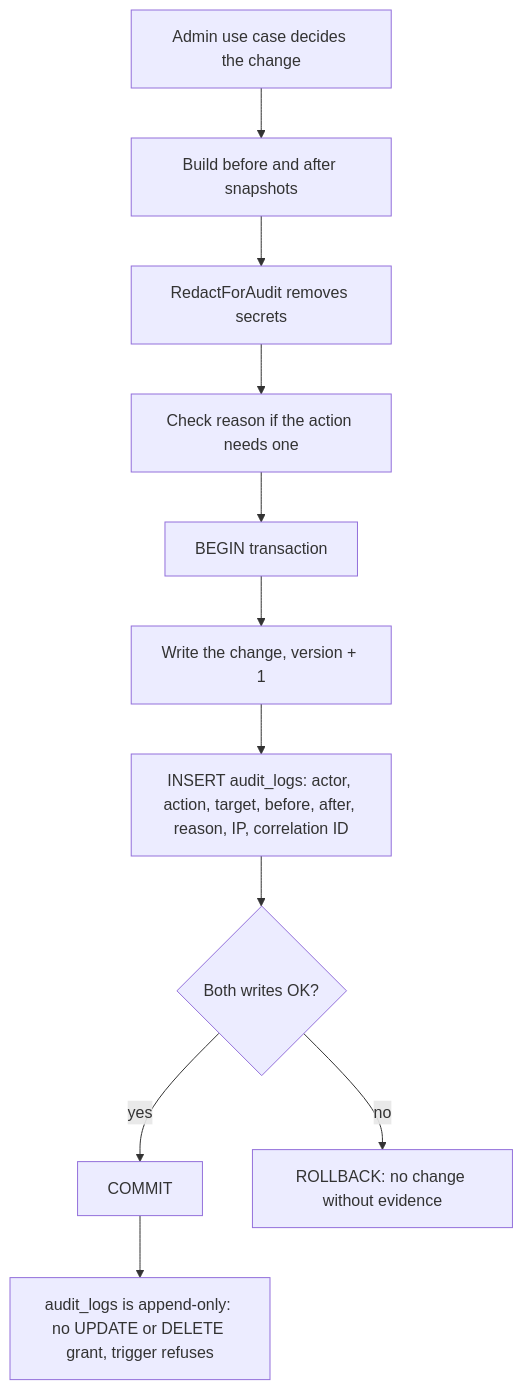
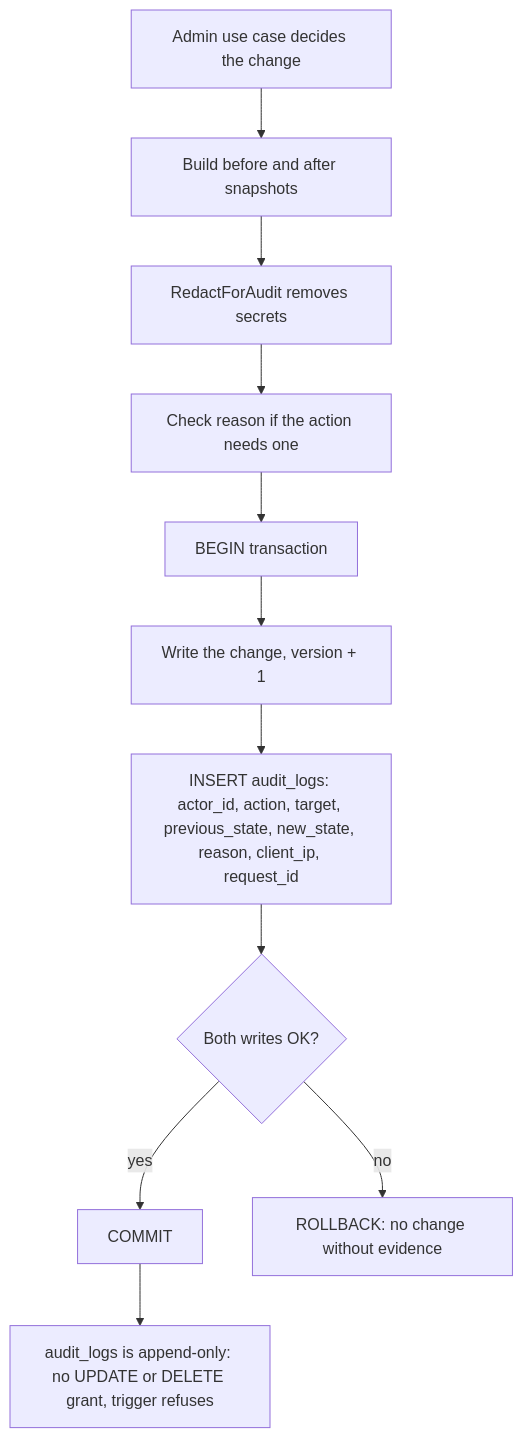
Before and after one commit to phantomTroupeEAD/SwiftDrop: the eighth of 8 diagrams in docs/drafts/member-07-dispatcher-admin-web-gateway/doc-07-security-failure-and-recovery.md, drawn with Mermaid. The commit also changed other lines of this file and 125 other files, not shown here.

````diff
--- a/docs/drafts/member-07-dispatcher-admin-web-gateway/doc-07-security-failure-and-recovery.md
+++ b/docs/drafts/member-07-dispatcher-admin-web-gateway/doc-07-security-failure-and-recovery.md
@@ -554,13 +565,13 @@
 ```mermaid
 flowchart TD
     A["Admin use case decides the change"] --> B["Build before and after snapshots"]
     B --> C["RedactForAudit removes secrets"]
     C --> D["Check reason if the action needs one"]
     D --> E["BEGIN transaction"]
     E --> F["Write the change, version + 1"]
-    F --> G["INSERT audit_logs: actor, action, target, before, after, reason, IP, correlation ID"]
+    F --> G["INSERT audit_logs: actor_id, action, target, previous_state, new_state, reason, client_ip, request_id"]
     G --> H{"Both writes OK?"}
     H -->|"yes"| I["COMMIT"]
     H -->|"no"| J["ROLLBACK: no change without evidence"]
     I --> K["audit_logs is append-only: no UPDATE or DELETE grant, trigger refuses"]
 ```
````
